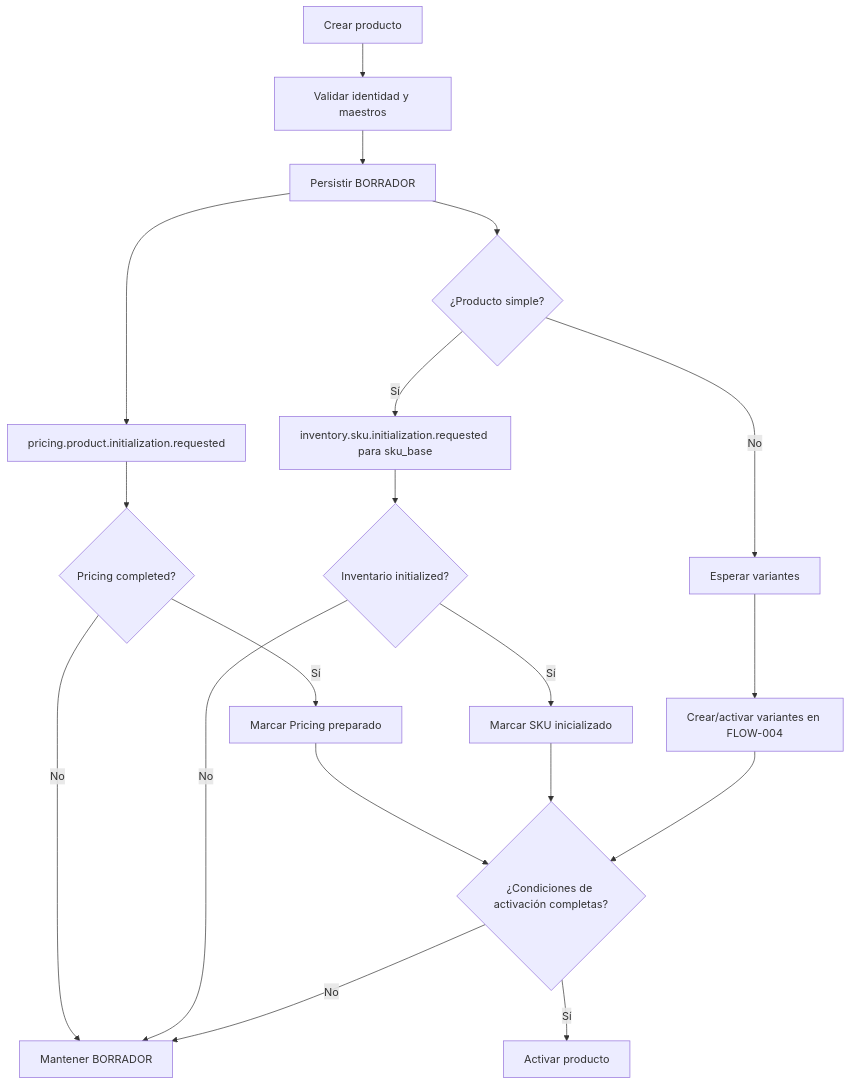
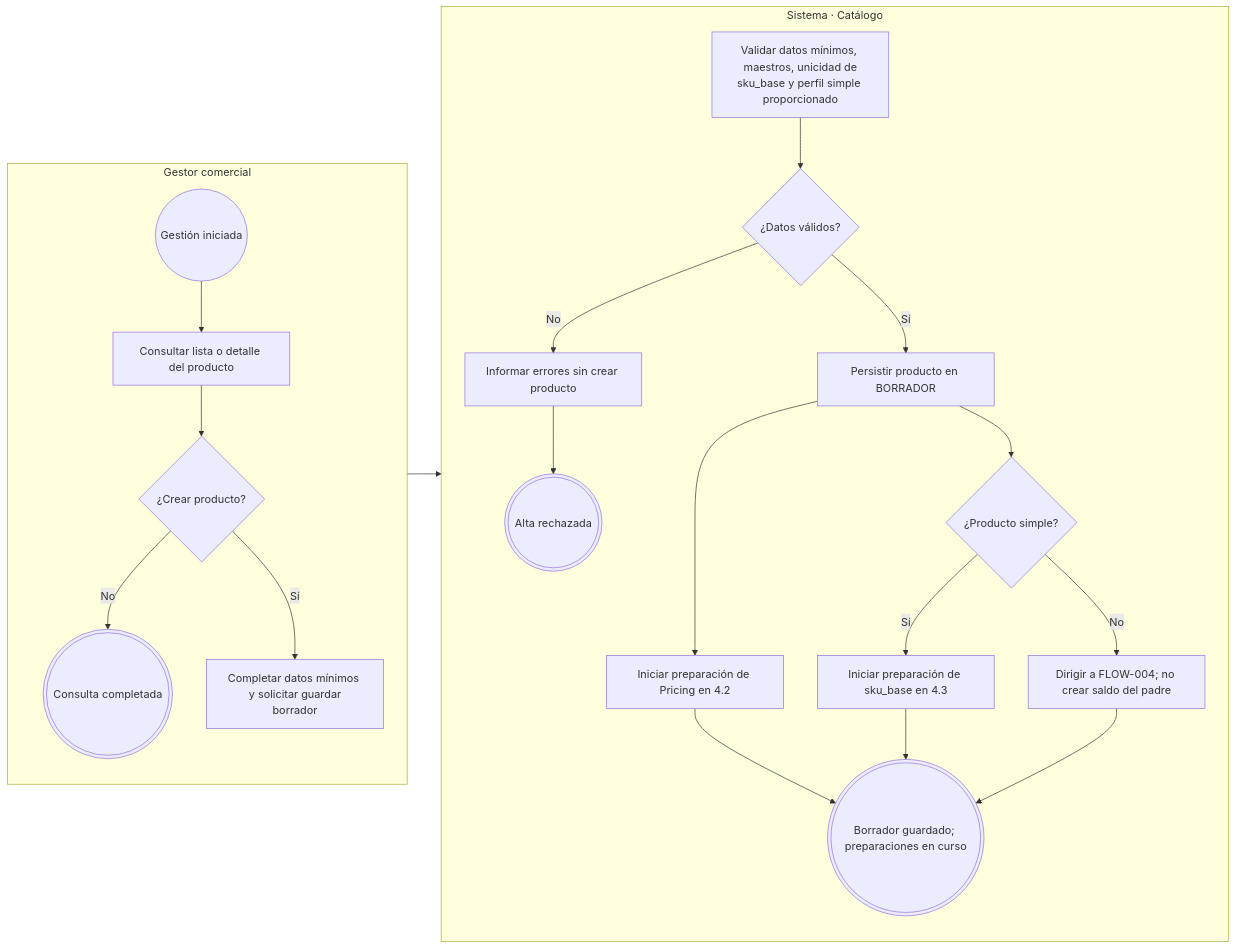
The first of 5 diagrams in flujos/FLOW-003-gestion-productos-crud.md (Taller-SW-Web/G6-Productos-Ofertas-docs), drawn with Mermaid before and after one commit. The commit also changed other lines of this file and 4 other files, not shown here.

````diff
--- a/flujos/FLOW-003-gestion-productos-crud.md
+++ b/flujos/FLOW-003-gestion-productos-crud.md
@@ -4,21 +26,33 @@
 ```mermaid
-flowchart TD
-    A["Crear producto"] --> B["Validar identidad y maestros"]
-    B --> C["Persistir BORRADOR"]
-    C --> D["pricing.product.initialization.requested"]
-    C --> E{"¿Producto simple?"}
-    E -->|Sí| F["inventory.sku.initialization.requested para sku_base"]
-    E -->|No| G["Esperar variantes"]
-    D --> H{"Pricing completed?"}
-    F --> I{"Inventario initialized?"}
-    H -->|No| P["Mantener BORRADOR"]
-    I -->|No| P
-    H -->|Sí| J["Marcar Pricing preparado"]
-    I -->|Sí| K["Marcar SKU inicializado"]
-    G --> L["Crear/activar variantes en FLOW-004"]
-    J --> M{"¿Condiciones de activación completas?"}
-    K --> M
-    L --> M
-    M -->|No| P
-    M -->|Sí| N["Activar producto"]
+flowchart LR
+    subgraph G["Gestor comercial"]
+        direction TB
+        INICIO(("Gestión iniciada"))
+        CONSULTAR["Consultar lista o detalle del producto"]
+        ACCION{"¿Crear producto?"}
+        DATOS["Completar datos mínimos y solicitar guardar<br/>borrador"]
+        FIN_CONSULTA((("Consulta completada")))
+    end
+    subgraph S["Sistema · Catálogo"]
+        direction TB
+        VALIDAR["Validar datos mínimos, maestros, unicidad de<br/>sku_base y perfil simple proporcionado"]
+        VALIDO{"¿Datos válidos?"}
+        ERROR["Informar errores sin crear producto"]
+        PERSISTIR["Persistir producto en BORRADOR"]
+        PRECIO["Iniciar preparación de Pricing en 4.2"]
+        SIMPLE{"¿Producto simple?"}
+        STOCK["Iniciar preparación de sku_base en 4.3"]
+        VARIANTES["Dirigir a FLOW-004; no crear saldo del padre"]
+        FIN_ERROR((("Alta rechazada")))
+        FIN((("Borrador guardado; preparaciones en curso")))
+    end
+    INICIO --> CONSULTAR --> ACCION
+    ACCION -->|"No"| FIN_CONSULTA
+    ACCION -->|"Sí"| DATOS --> VALIDAR --> VALIDO
+    VALIDO -->|"No"| ERROR --> FIN_ERROR
+    VALIDO -->|"Sí"| PERSISTIR
+    PERSISTIR --> PRECIO --> FIN
+    PERSISTIR --> SIMPLE
+    SIMPLE -->|"Sí"| STOCK --> FIN
+    SIMPLE -->|"No"| VARIANTES --> FIN
 ```
````
